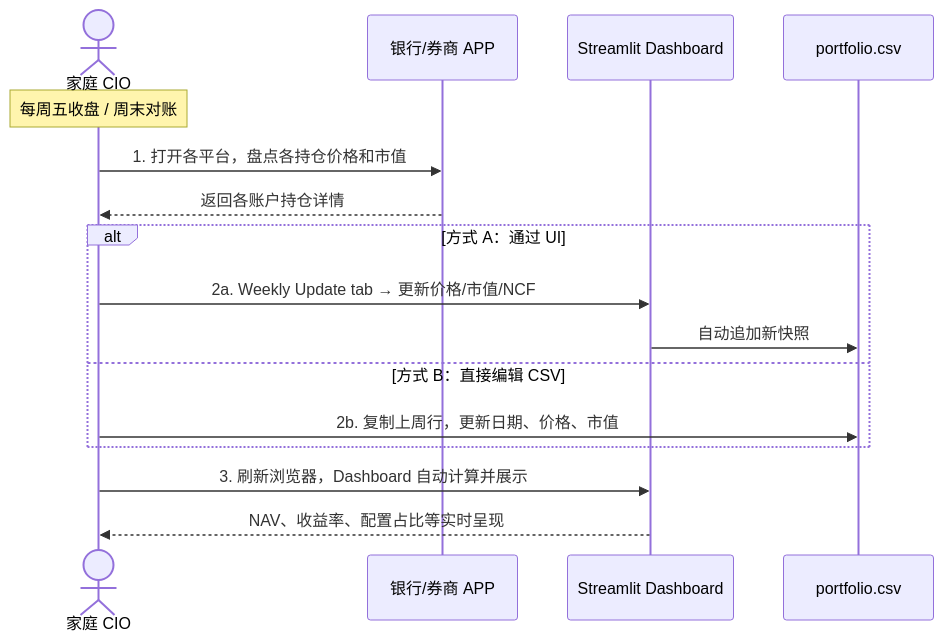
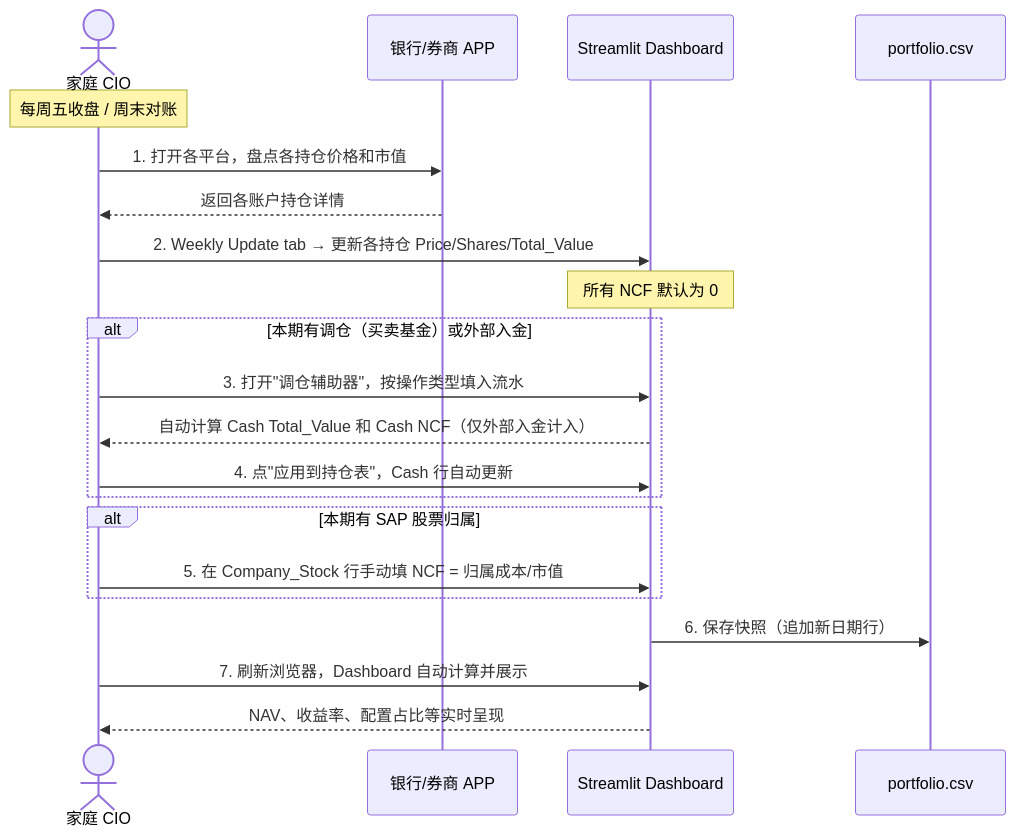
The sixth of 16 diagrams in ARCHITECTURE_shared.md (Haolun123/FamilyFund), drawn with Mermaid before and after one commit. The commit also changed other lines of this file and 1 other file, not shown here.

First line of the commit message:
Add rebalance helper in Weekly Update for Cash balance calculation

````diff
--- a/ARCHITECTURE_shared.md
+++ b/ARCHITECTURE_shared.md
@@ -427,22 +427,29 @@
 ```mermaid
 sequenceDiagram
     actor CIO as 家庭 CIO
     participant BANK as 银行/券商 APP
     participant UI as Streamlit Dashboard
     participant CSV as portfolio.csv
 
     Note over CIO: 每周五收盘 / 周末对账
 
     CIO->>BANK: 1. 打开各平台，盘点各持仓价格和市值
     BANK-->>CIO: 返回各账户持仓详情
 
-    alt 方式 A：通过 UI
-        CIO->>UI: 2a. Weekly Update tab → 更新价格/市值/NCF
-        UI->>CSV: 自动追加新快照
-    else 方式 B：直接编辑 CSV
-        CIO->>CSV: 2b. 复制上周行，更新日期、价格、市值
+    CIO->>UI: 2. Weekly Update tab → 更新各持仓 Price/Shares/Total_Value
+    Note over UI: 所有 NCF 默认为 0
+
+    alt 本期有调仓（买卖基金）或外部入金
+        CIO->>UI: 3. 打开"调仓辅助器"，按操作类型填入流水
+        UI-->>CIO: 自动计算 Cash Total_Value 和 Cash NCF（仅外部入金计入）
+        CIO->>UI: 4. 点"应用到持仓表"，Cash 行自动更新
     end
 
-    CIO->>UI: 3. 刷新浏览器，Dashboard 自动计算并展示
+    alt 本期有 SAP 股票归属
+        CIO->>UI: 5. 在 Company_Stock 行手动填 NCF = 归属成本/市值
+    end
+
+    UI->>CSV: 6. 保存快照（追加新日期行）
+    CIO->>UI: 7. 刷新浏览器，Dashboard 自动计算并展示
     UI-->>CIO: NAV、收益率、配置占比等实时呈现
 ```
````
